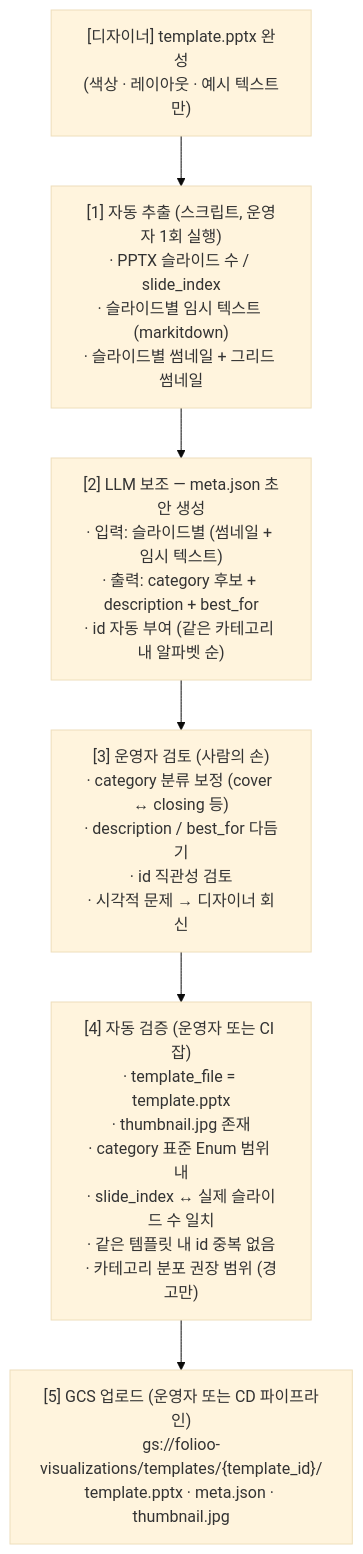
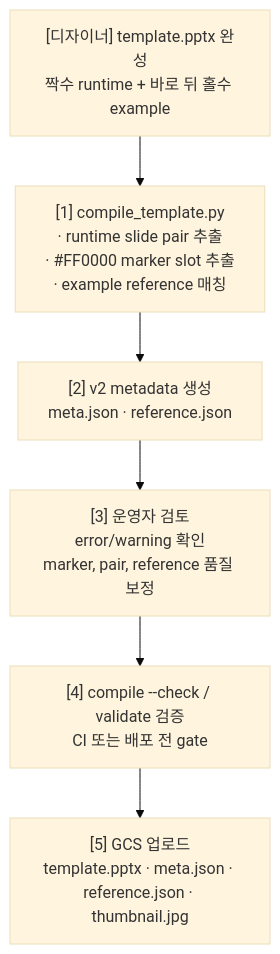
Before and after one commit to Teamie71/folioo-ai: the diagram in docs/architecture/template-system.md, drawn with Mermaid (base theme). The commit also changed other lines of this file and 2 other files, not shown here.

Commit message:
docs: align pptx template and ooxml docs

````diff
--- a/docs/architecture/template-system.md
+++ b/docs/architecture/template-system.md
@@ -145,9 +146,9 @@
 ```mermaid
 flowchart TD
-    D["[디자이너] template.pptx 완성<br/>(색상 · 레이아웃 · 예시 텍스트만)"]
-    D --> S1["[1] 자동 추출 (스크립트, 운영자 1회 실행)<br/>· PPTX 슬라이드 수 / slide_index<br/>· 슬라이드별 임시 텍스트 (markitdown)<br/>· 슬라이드별 썸네일 + 그리드 썸네일"]
-    S1 --> S2["[2] LLM 보조 — meta.json 초안 생성<br/>· 입력: 슬라이드별 (썸네일 + 임시 텍스트)<br/>· 출력: category 후보 + description + best_for<br/>· id 자동 부여 (같은 카테고리 내 알파벳 순)"]
-    S2 --> S3["[3] 운영자 검토 (사람의 손)<br/>· category 분류 보정 (cover ↔ closing 등)<br/>· description / best_for 다듬기<br/>· id 직관성 검토<br/>· 시각적 문제 → 디자이너 회신"]
-    S3 --> S4["[4] 자동 검증 (운영자 또는 CI 잡)<br/>· template_file = template.pptx<br/>· thumbnail.jpg 존재<br/>· category 표준 Enum 범위 내<br/>· slide_index ↔ 실제 슬라이드 수 일치<br/>· 같은 템플릿 내 id 중복 없음<br/>· 카테고리 분포 권장 범위 (경고만)"]
-    S4 --> S5["[5] GCS 업로드 (운영자 또는 CD 파이프라인)<br/>gs://folioo-visualizations/templates/{template_id}/<br/>template.pptx · meta.json · thumbnail.jpg"]
+    D["[디자이너] template.pptx 완성<br/>짝수 runtime + 바로 뒤 홀수 example"]
+    D --> S1["[1] compile_template.py<br/>· runtime slide pair 추출<br/>· #FF0000 marker slot 추출<br/>· example reference 매칭"]
+    S1 --> S2["[2] v2 metadata 생성<br/>meta.json · reference.json"]
+    S2 --> S3["[3] 운영자 검토<br/>error/warning 확인<br/>marker, pair, reference 품질 보정"]
+    S3 --> S4["[4] compile --check / validate 검증<br/>CI 또는 배포 전 gate"]
+    S4 --> S5["[5] GCS 업로드<br/>template.pptx · meta.json · reference.json · thumbnail.jpg"]
 ```
````
